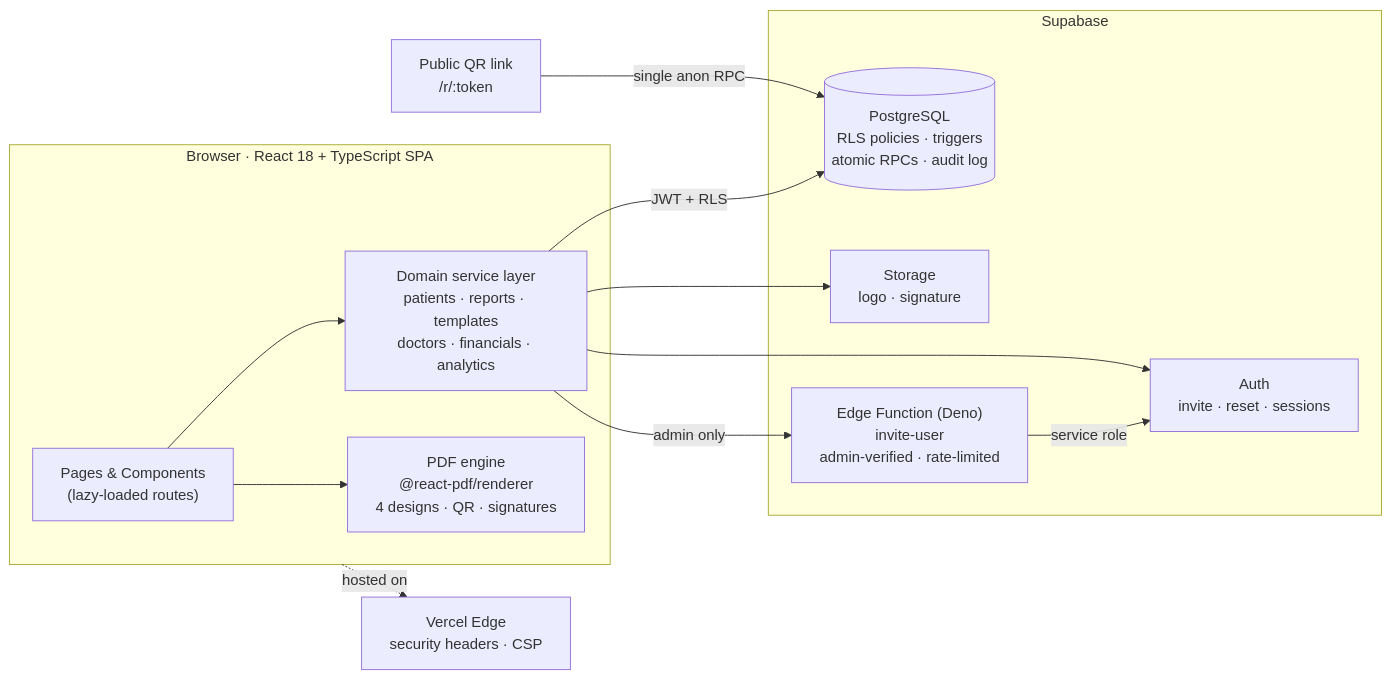
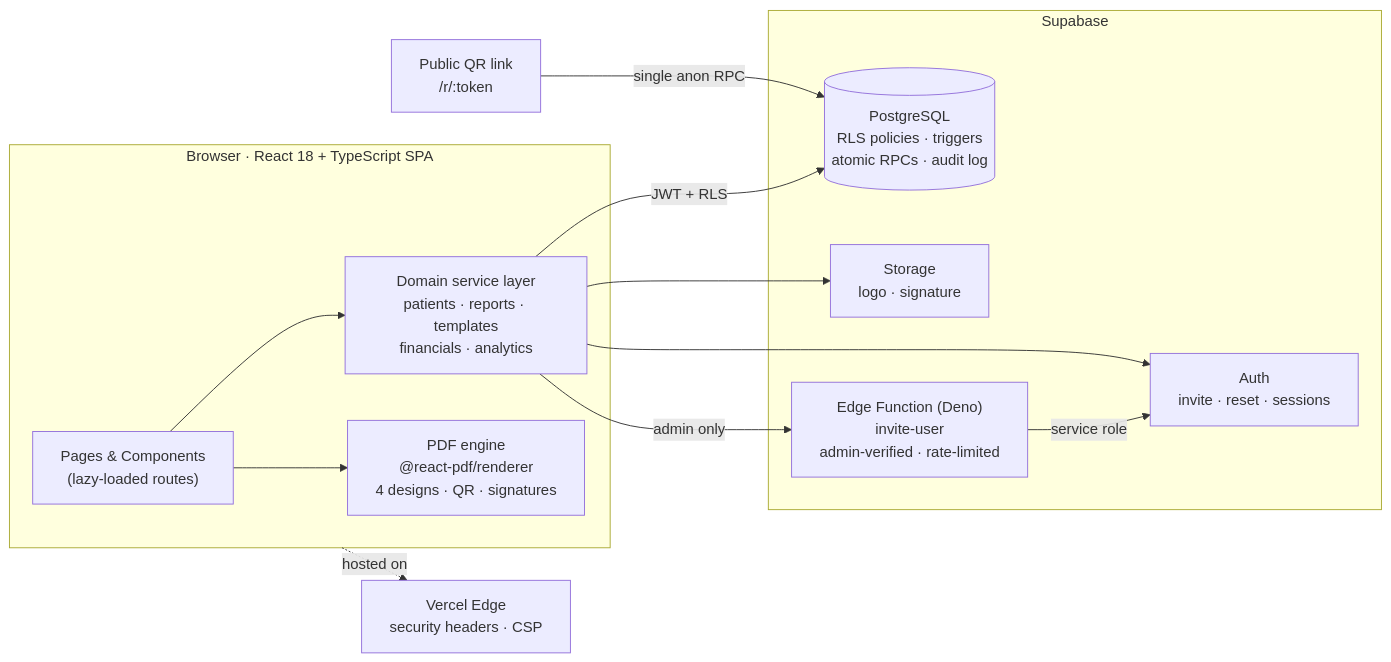
Before and after one commit to rafrafreza/labswift-lab-management-system: the diagram in README.md, drawn with Mermaid. The commit also changed other lines of this file, not shown here.

````diff
--- a/README.md
+++ b/README.md
@@ -104,26 +103,26 @@
 ```mermaid
 flowchart LR
     subgraph Client["Browser · React 18 + TypeScript SPA"]
         UI["Pages & Components<br/>(lazy-loaded routes)"]
-        SVC["Domain service layer<br/>patients · reports · templates<br/>doctors · financials · analytics"]
+        SVC["Domain service layer<br/>patients · reports · templates<br/>financials · analytics"]
         PDF["PDF engine<br/>@react-pdf/renderer<br/>4 designs · QR · signatures"]
         UI --> SVC
         UI --> PDF
     end
 
     subgraph Supabase["Supabase"]
         AUTH["Auth<br/>invite · reset · sessions"]
         DB[("PostgreSQL<br/>RLS policies · triggers<br/>atomic RPCs · audit log")]
         STORE["Storage<br/>logo · signature"]
         EDGE["Edge Function (Deno)<br/>invite-user<br/>admin-verified · rate-limited"]
     end
 
     PUBLIC["Public QR link<br/>/r/:token"] -->|"single anon RPC"| DB
     SVC -->|"JWT + RLS"| DB
     SVC --> AUTH
     SVC --> STORE
     SVC -->|"admin only"| EDGE
     EDGE -->|"service role"| AUTH
 
     Client -.->|"hosted on"| VERCEL["Vercel Edge<br/>security headers · CSP"]
 ```
````
